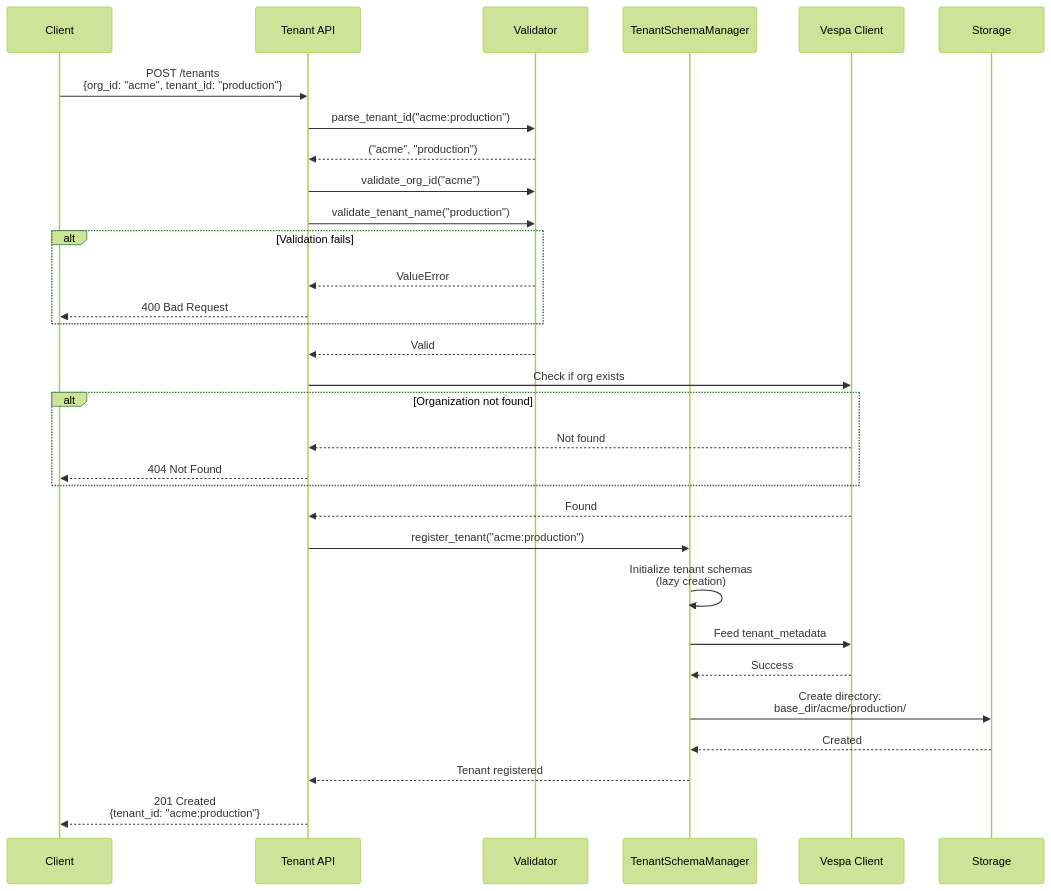
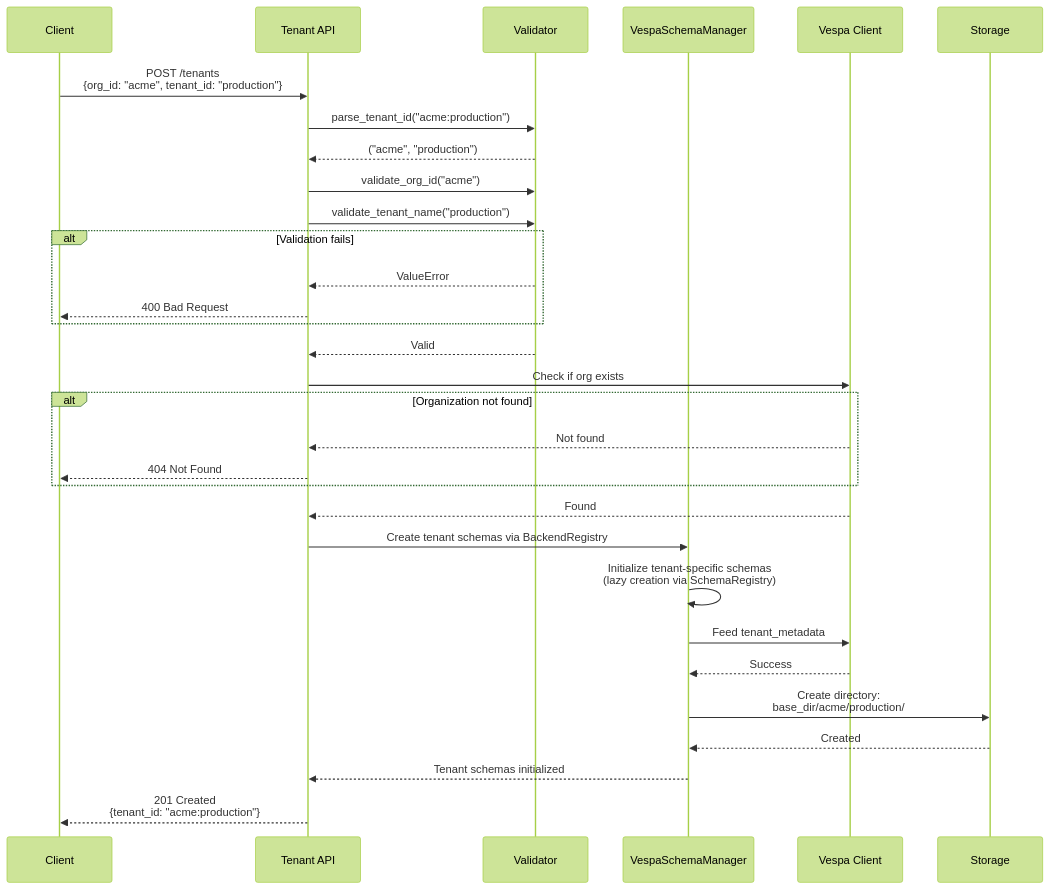
One commit to amit-jain/cogniverse changed the third of 5 diagrams in docs/operations/multi-tenant-management.md. Above: the diagram before and after it, drawn with Mermaid (forest theme). The commit also changed other lines of this file and 83 other files, not shown here.

First line of the commit message:
Fix documentation veracity, formatting, and diagrams across all modules

````diff
--- a/docs/operations/multi-tenant-management.md
+++ b/docs/operations/multi-tenant-management.md
@@ -390,46 +392,46 @@
 ```mermaid
 sequenceDiagram
     participant Client
     participant API as Tenant API
     participant Validator
-    participant SchemaManager as TenantSchemaManager
+    participant SchemaManager as VespaSchemaManager
     participant VespaClient as Vespa Client
     participant Storage
 
     Client->>API: POST /tenants<br/>{org_id: "acme", tenant_id: "production"}
 
     API->>Validator: parse_tenant_id("acme:production")
     Validator-->>API: ("acme", "production")
 
     API->>Validator: validate_org_id("acme")
     API->>Validator: validate_tenant_name("production")
 
     alt Validation fails
         Validator-->>API: ValueError
         API-->>Client: 400 Bad Request
     end
 
     Validator-->>API: Valid
 
     API->>VespaClient: Check if org exists
     alt Organization not found
         VespaClient-->>API: Not found
         API-->>Client: 404 Not Found
     end
 
     VespaClient-->>API: Found
 
-    API->>SchemaManager: register_tenant("acme:production")
+    API->>SchemaManager: Create tenant schemas via BackendRegistry
 
-    SchemaManager->>SchemaManager: Initialize tenant schemas<br/>(lazy creation)
+    SchemaManager->>SchemaManager: Initialize tenant-specific schemas<br/>(lazy creation via SchemaRegistry)
 
     SchemaManager->>VespaClient: Feed tenant_metadata
     VespaClient-->>SchemaManager: Success
 
     SchemaManager->>Storage: Create directory:<br/>base_dir/acme/production/
     Storage-->>SchemaManager: Created
 
-    SchemaManager-->>API: Tenant registered
+    SchemaManager-->>API: Tenant schemas initialized
 
     API-->>Client: 201 Created<br/>{tenant_id: "acme:production"}
 ```
````
